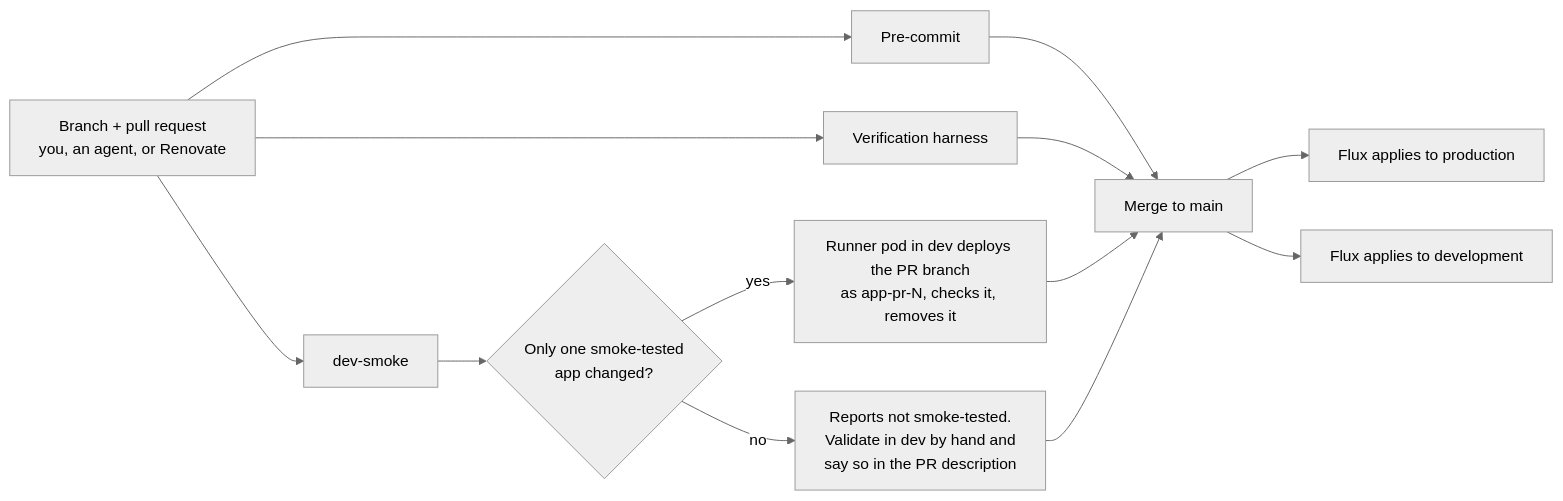
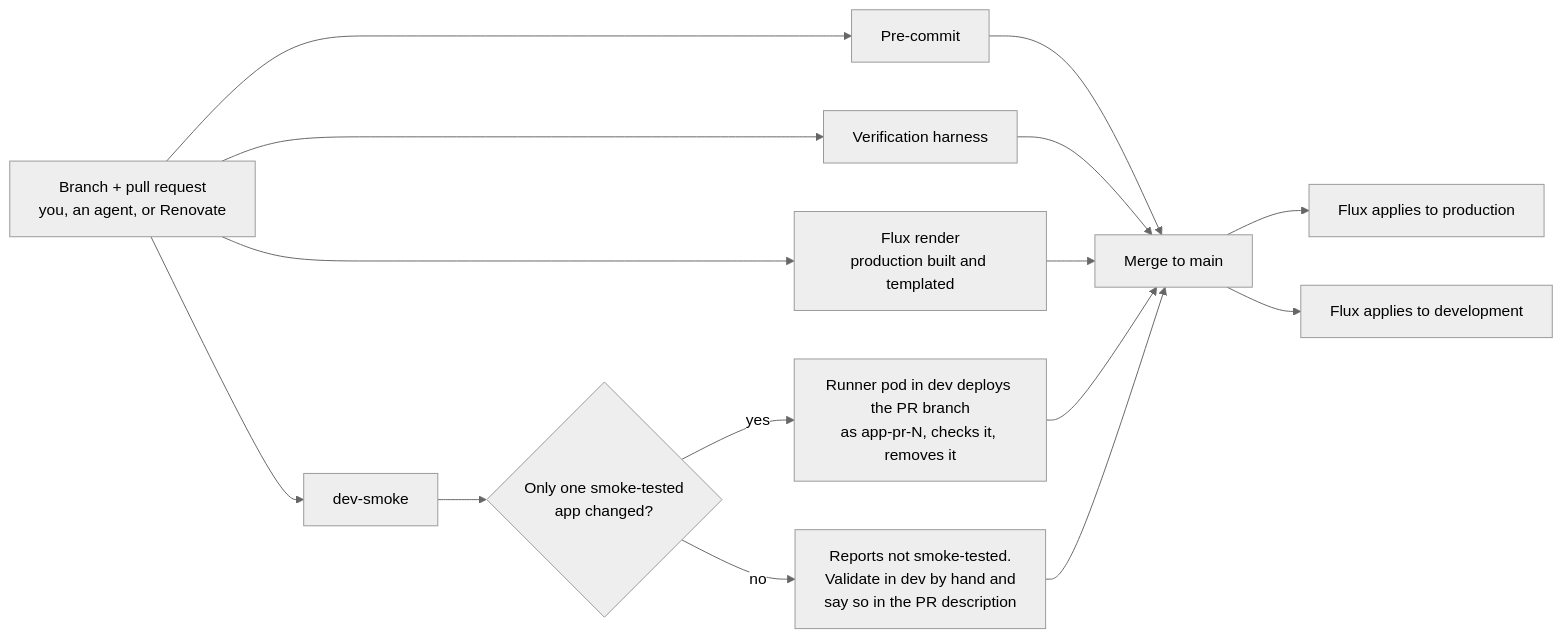
The second of 4 diagrams in docs/overview.md (petebeegle/homelab), drawn with Mermaid (neutral theme) before and after one commit. The commit also changed 9 other files, not shown here.

First line of the commit message:
ci: add Flux render check that builds and templates everything production runs

````diff
--- a/docs/overview.md
+++ b/docs/overview.md
@@ -70,15 +70,17 @@
 ```mermaid
 flowchart LR
   A["Branch + pull request<br/>you, an agent, or Renovate"] --> B["Pre-commit"]
   A --> C["Verification harness"]
+  A --> R["Flux render<br/>production built and templated"]
   A --> D["dev-smoke"]
   D --> E{"Only one smoke-tested<br/>app changed?"}
   E -->|yes| F["Runner pod in dev deploys the PR branch<br/>as app-pr-N, checks it, removes it"]
   E -->|no| G["Reports not smoke-tested.<br/>Validate in dev by hand and<br/>say so in the PR description"]
   B --> M["Merge to main"]
   C --> M
+  R --> M
   F --> M
   G --> M
   M --> P["Flux applies to production"]
   M --> Q["Flux applies to development"]
 ```
````
